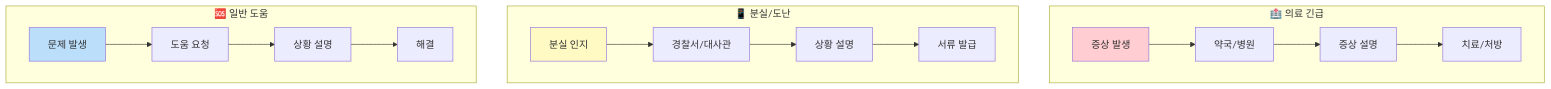
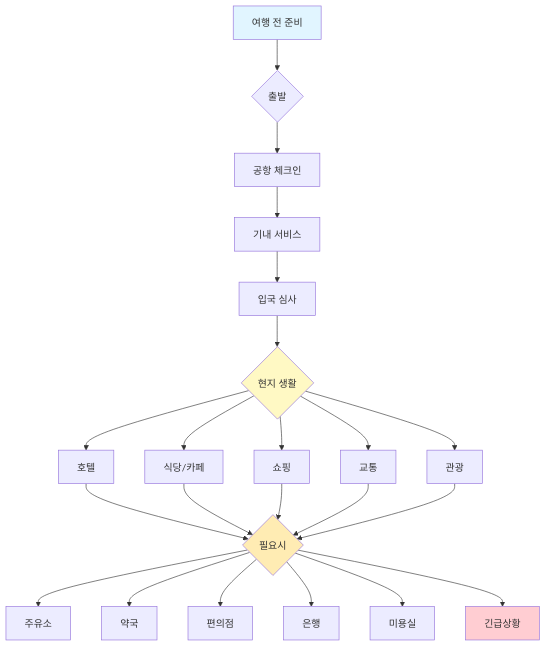
One commit to Collegenie-X/AI-English changed diagram 25 of 26 in 영어_일상_회화/travel-english-conversations.md. Above: the diagram before and after it, drawn with Mermaid. The commit also changed other lines of this file and 43 other files, not shown here.

````diff
--- a/영어_일상_회화/travel-english-conversations.md
+++ b/영어_일상_회화/travel-english-conversations.md
@@ -894,24 +2427,32 @@
 ```mermaid
-flowchart TB
-    subgraph 의료["🏥 의료 긴급"]
-        M1[증상 발생] --> M2[약국/병원]
-        M2 --> M3[증상 설명]
-        M3 --> M4[치료/처방]
-    end
+flowchart TD
+    A[여행 전 준비] --> B{출발}
+    B --> C[공항 체크인]
+    C --> D[기내 서비스]
+    D --> E[입국 심사]
+    E --> F{현지 생활}
     
-    subgraph 분실["📱 분실/도난"]
-        L1[분실 인지] --> L2[경찰서/대사관]
-        L2 --> L3[상황 설명]
-        L3 --> L4[서류 발급]
-    end
+    F --> G[호텔]
+    F --> H[식당/카페]
+    F --> I[쇼핑]
+    F --> J[교통]
+    F --> K[관광]
     
-    subgraph 도움["🆘 일반 도움"]
-        H1[문제 발생] --> H2[도움 요청]
-        H2 --> H3[상황 설명]
-        H3 --> H4[해결]
-    end
+    G --> L{필요시}
+    H --> L
+    I --> L
+    J --> L
+    K --> L
     
-    style M1 fill:#ffcdd2
-    style L1 fill:#fff9c4
-    style H1 fill:#bbdefb
+    L --> M[주유소]
+    L --> N[약국]
+    L --> O[편의점]
+    L --> P[은행]
+    L --> Q[미용실]
+    L --> R[긴급상황]
+    
+    style A fill:#e1f5ff
+    style F fill:#fff9c4
+    style L fill:#ffecb3
+    style R fill:#ffcdd2
 ```
````
